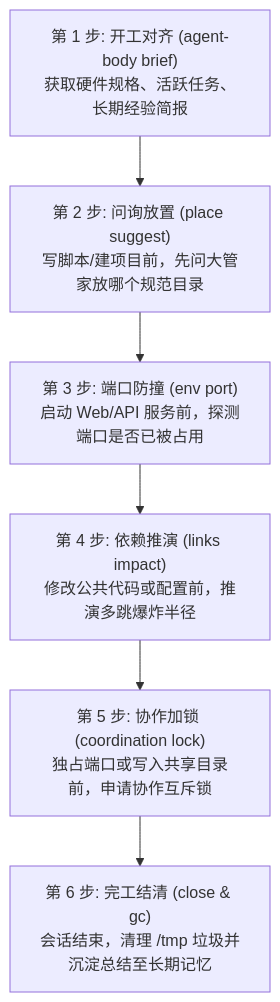
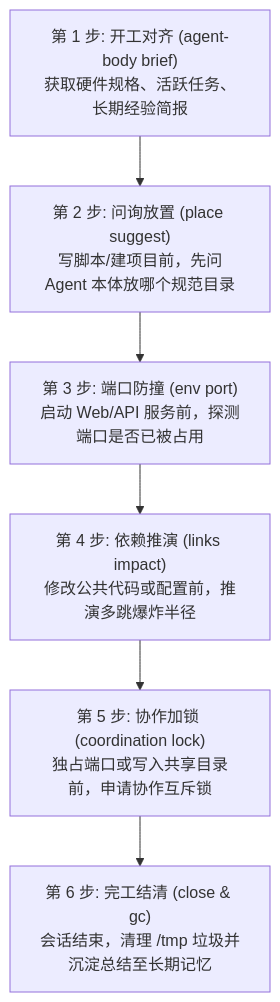
The second of 2 diagrams in docs/arch/03-for-users.md (digoal/agent-body), drawn with Mermaid before and after one commit. The commit also changed other lines of this file and 214 other files, not shown here.

Commit message:
refactor(naming): unify all legacy names to agent-body and Agent 本体 repo-wide

````diff
--- a/docs/arch/03-for-users.md
+++ b/docs/arch/03-for-users.md
@@ -31,8 +31,8 @@
 ```mermaid
 flowchart TD
-    S1["第 1 步: 开工对齐 (agent-body brief)<br>获取硬件规格、活跃任务、长期经验简报"] --> S2["第 2 步: 问询放置 (place suggest)<br>写脚本/建项目前，先问大管家放哪个规范目录"]
+    S1["第 1 步: 开工对齐 (agent-body brief)<br>获取硬件规格、活跃任务、长期经验简报"] --> S2["第 2 步: 问询放置 (place suggest)<br>写脚本/建项目前，先问Agent 本体放哪个规范目录"]
     S2 --> S3["第 3 步: 端口防撞 (env port)<br>启动 Web/API 服务前，探测端口是否已被占用"]
     S3 --> S4["第 4 步: 依赖推演 (links impact)<br>修改公共代码或配置前，推演多跳爆炸半径"]
     S4 --> S5["第 5 步: 协作加锁 (coordination lock)<br>独占端口或写入共享目录前，申请协作互斥锁"]
     S5 --> S6["第 6 步: 完工结清 (close & gc)<br>会话结束，清理 /tmp 垃圾并沉淀总结至长期记忆"]
 ```
````
